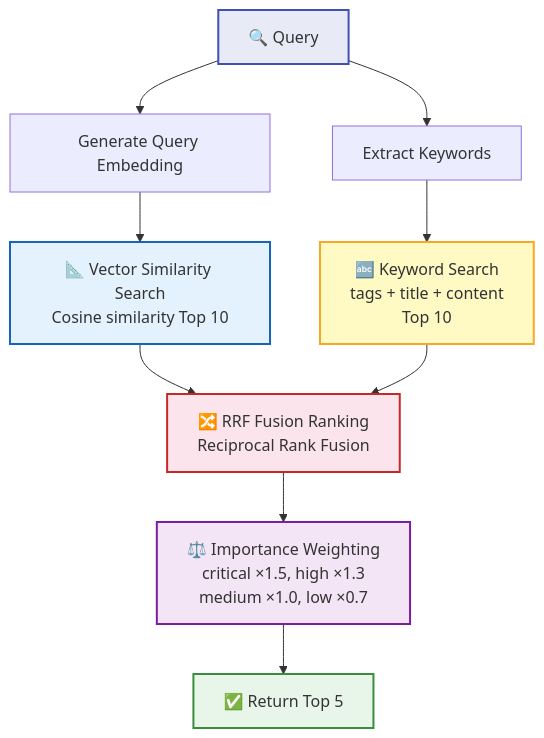
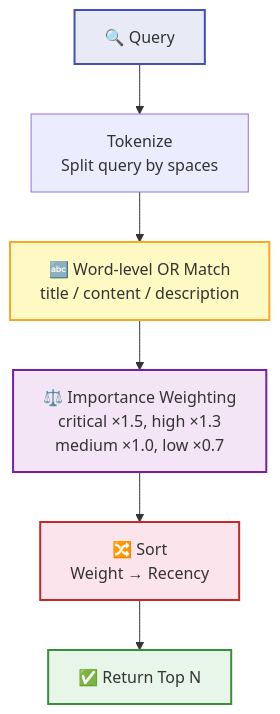
One commit to rtc-agent/docs changed the fourth of 7 diagrams in src/content/docs/en/features/memory.md. Above: the diagram before and after it, drawn with Mermaid. The commit also changed other lines of this file and 13 other files, not shown here.

First line of the commit message:
docs(features): add webSearch/webFetch details, update memory to OKF model, keyword retrieval

````diff
--- a/src/content/docs/en/features/memory.md
+++ b/src/content/docs/en/features/memory.md
@@ -168,21 +163,14 @@
 ```mermaid
 flowchart TD
-    Q["🔍 Query"] --> VE["Generate Query Embedding"]
-    Q --> KW["Extract Keywords"]
-
-    VE --> VS["📐 Vector Similarity Search<br/>Cosine similarity Top 10"]
-    KW --> KS["🔤 Keyword Search<br/>tags + title + content<br/>Top 10"]
-
-    VS --> FUSION["🔀 RRF Fusion Ranking<br/>Reciprocal Rank Fusion"]
-    KS --> FUSION
-
-    FUSION --> FILTER["⚖️ Importance Weighting<br/>critical ×1.5, high ×1.3<br/>medium ×1.0, low ×0.7"]
-    FILTER --> TOP["✅ Return Top 5"]
+    Q["🔍 Query"] --> SPLIT["Tokenize<br/>Split query by spaces"]
+    SPLIT --> KW["🔤 Word-level OR Match<br/>title / content / description"]
+    KW --> FILTER["⚖️ Importance Weighting<br/>critical ×1.5, high ×1.3<br/>medium ×1.0, low ×0.7"]
+    FILTER --> SORT["🔀 Sort<br/>Weight → Recency"]
+    SORT --> TOP["✅ Return Top N"]
 
     style Q fill:#e8eaf6,stroke:#3f51b5,stroke-width:2px
-    style VS fill:#e3f2fd,stroke:#1565c0,stroke-width:2px
-    style KS fill:#fff9c4,stroke:#f9a825,stroke-width:2px
-    style FUSION fill:#fce4ec,stroke:#c62828,stroke-width:2px
+    style KW fill:#fff9c4,stroke:#f9a825,stroke-width:2px
     style FILTER fill:#f3e5f5,stroke:#7b1fa2,stroke-width:2px
+    style SORT fill:#fce4ec,stroke:#c62828,stroke-width:2px
     style TOP fill:#e8f5e9,stroke:#388e3c,stroke-width:2px
 ```
````
